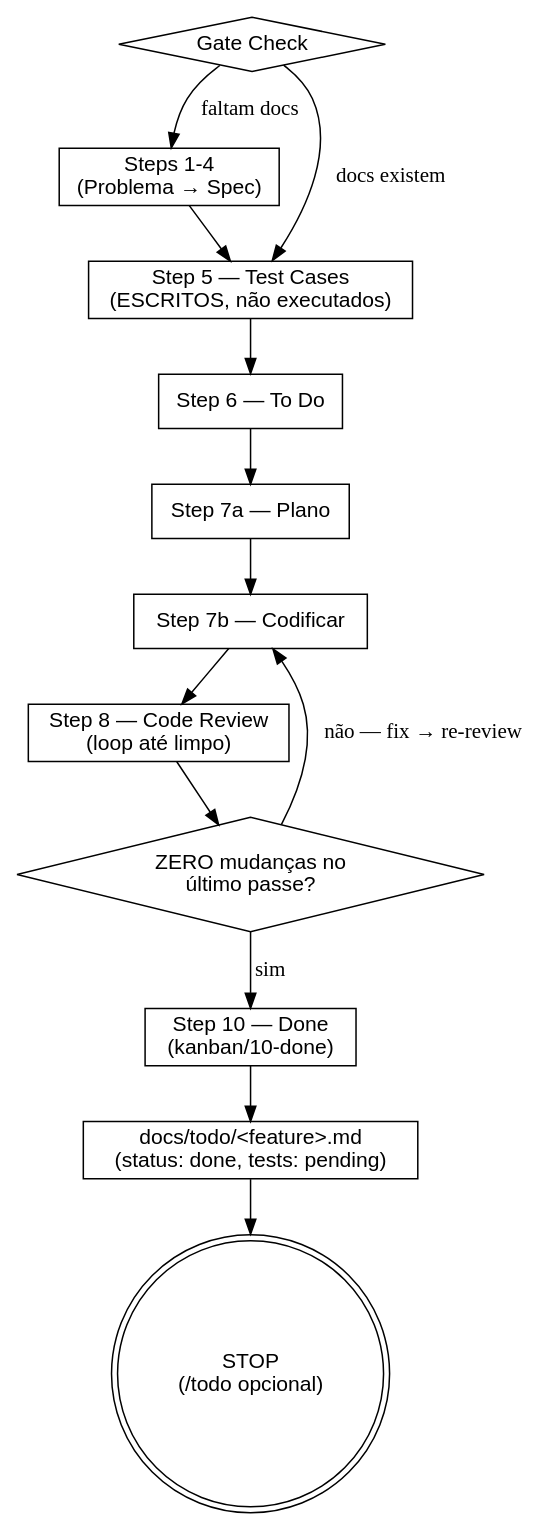
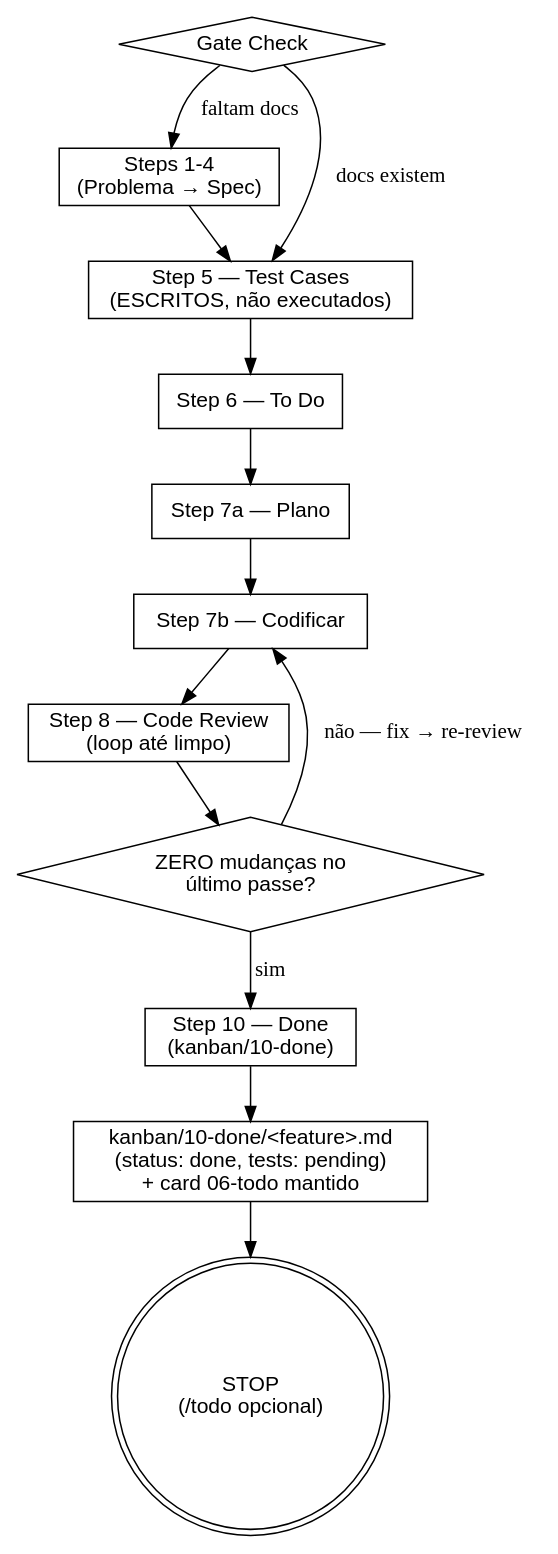
Before and after one commit to eduardofurihata/lp-skills: the diagram in skills/fast/SKILL.md, drawn with Graphviz. The commit also changed other lines of this file and 1 other file, not shown here.

First line of the commit message:
fix(skills): repoint /todo + /fast QA tracking to kanban/06-todo

````diff
--- a/skills/fast/SKILL.md
+++ b/skills/fast/SKILL.md
@@ -55,31 +55,31 @@
 ```dot
 digraph fast {
     rankdir=TB;
     node [fontname="Helvetica"];
 
     gate [label="Gate Check" shape=diamond];
     steps14 [label="Steps 1-4\n(Problema → Spec)" shape=box];
     step5 [label="Step 5 — Test Cases\n(ESCRITOS, não executados)" shape=box];
     step6 [label="Step 6 — To Do" shape=box];
     step7a [label="Step 7a — Plano" shape=box];
     step7b [label="Step 7b — Codificar" shape=box];
     step8 [label="Step 8 — Code Review\n(loop até limpo)" shape=box];
     clean [label="ZERO mudanças no\núltimo passe?" shape=diamond];
     step10 [label="Step 10 — Done\n(kanban/10-done)" shape=box];
-    tracking [label="docs/todo/<feature>.md\n(status: done, tests: pending)" shape=box];
+    tracking [label="kanban/10-done/<feature>.md\n(status: done, tests: pending)\n+ card 06-todo mantido" shape=box];
     stop [label="STOP\n(/todo opcional)" shape=doublecircle];
 
     gate -> steps14 [label="faltam docs"];
     gate -> step5 [label="docs existem"];
     steps14 -> step5;
     step5 -> step6;
     step6 -> step7a;
     step7a -> step7b;
     step7b -> step8;
     step8 -> clean;
     clean -> step7b [label="não — fix → re-review"];
     clean -> step10 [label="sim"];
     step10 -> tracking;
     tracking -> stop;
 }
 ```
````
